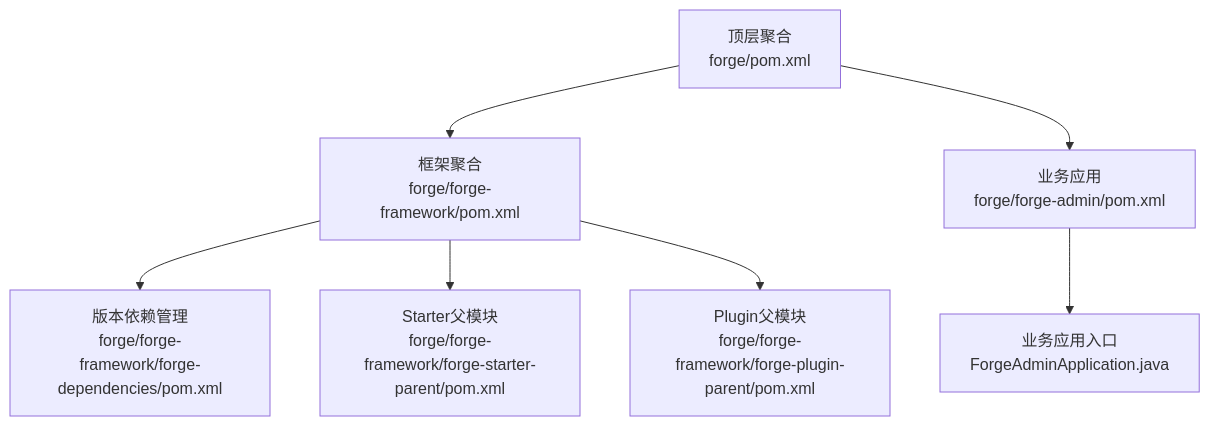
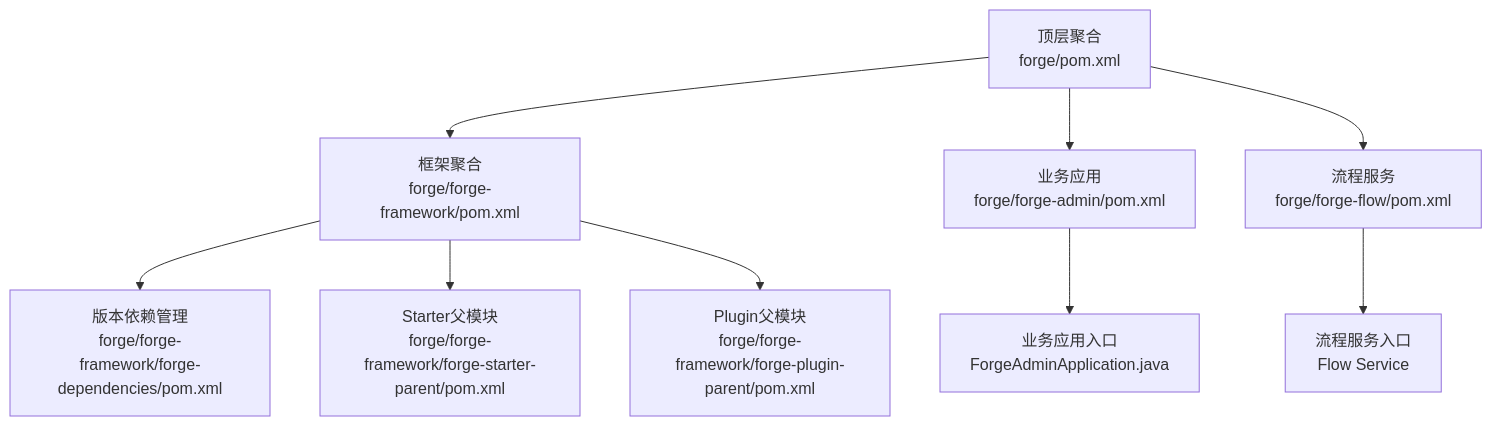
One commit to yaomindong1996/forge-admin changed the first of 7 diagrams in .qoder/repowiki/zh/content/系统架构/架构总览.md. Above: the diagram before and after it, drawn with Mermaid. The commit also changed other lines of this file and 76 other files, not shown here.

````diff
--- a/.qoder/repowiki/zh/content/系统架构/架构总览.md
+++ b/.qoder/repowiki/zh/content/系统架构/架构总览.md
@@ -42,9 +46,11 @@
 ```mermaid
 graph TB
 A["顶层聚合<br/>forge/pom.xml"] --> B["框架聚合<br/>forge/forge-framework/pom.xml"]
 A --> C["业务应用<br/>forge/forge-admin/pom.xml"]
-B --> D["版本依赖管理<br/>forge/forge-framework/forge-dependencies/pom.xml"]
-B --> E["Starter父模块<br/>forge/forge-framework/forge-starter-parent/pom.xml"]
-B --> F["Plugin父模块<br/>forge/forge-framework/forge-plugin-parent/pom.xml"]
-C --> G["业务应用入口<br/>ForgeAdminApplication.java"]
+A --> D["流程服务<br/>forge/forge-flow/pom.xml"]
+B --> E["版本依赖管理<br/>forge/forge-framework/forge-dependencies/pom.xml"]
+B --> F["Starter父模块<br/>forge/forge-framework/forge-starter-parent/pom.xml"]
+B --> G["Plugin父模块<br/>forge/forge-framework/forge-plugin-parent/pom.xml"]
+C --> H["业务应用入口<br/>ForgeAdminApplication.java"]
+D --> I["流程服务入口<br/>Flow Service"]
 ```
````
